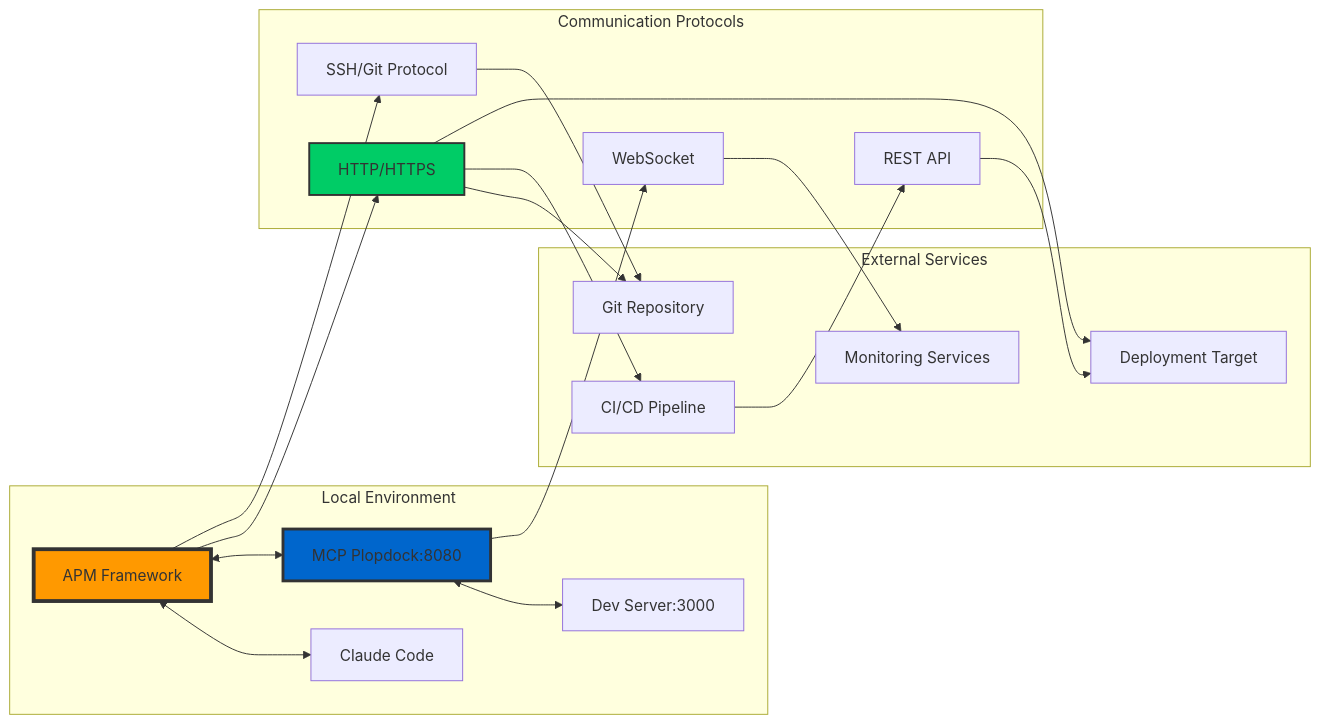
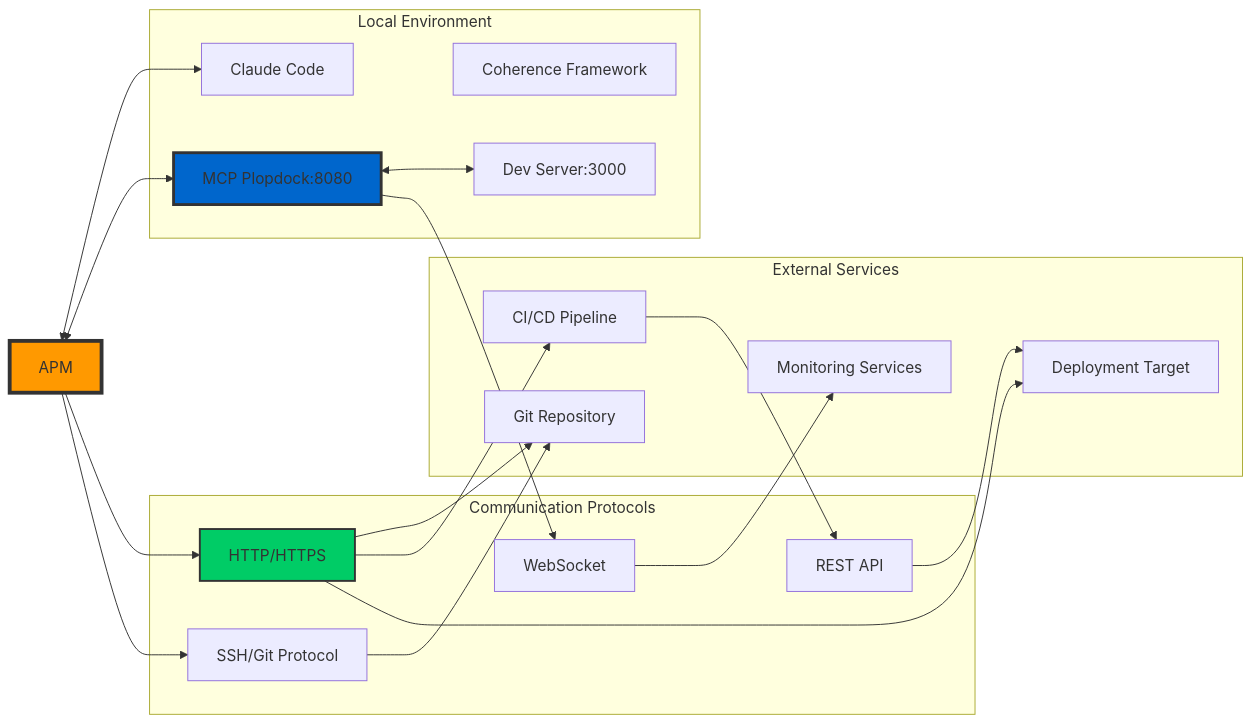
Diagram 13 of 13 in .apm/documentation/07-reference/architecture-diagrams.md (omayhemo/APM), drawn with Mermaid before and after one commit. The commit also changed other lines of this file and 192 other files, not shown here.

````diff
--- a/.apm/documentation/07-reference/architecture-diagrams.md
+++ b/.apm/documentation/07-reference/architecture-diagrams.md
@@ -883,45 +883,45 @@
 ```mermaid
 graph LR
     subgraph "Local Environment"
-        APM[APM Framework]
+        COHERENCE[Coherence Framework]
         CLAUDE[Claude Code]
         MCP[MCP Plopdock:8080]
         DEV[Dev Server:3000]
     end
 
     subgraph "External Services"
         GIT[Git Repository]
         CI[CI/CD Pipeline]
         DEPLOY[Deployment Target]
         MONITOR[Monitoring Services]
     end
 
     subgraph "Communication Protocols"
         HTTP[HTTP/HTTPS]
         WS[WebSocket]
         SSH[SSH/Git Protocol]
         API[REST API]
     end
 
     APM <--> CLAUDE
     APM <--> MCP
     MCP <--> DEV
 
     APM --> HTTP
     HTTP --> GIT
     HTTP --> CI
     HTTP --> DEPLOY
 
     MCP --> WS
     WS --> MONITOR
 
     APM --> SSH
     SSH --> GIT
 
     CI --> API
     API --> DEPLOY
 
     style APM fill:#ff9900,stroke:#333,stroke-width:4px
     style MCP fill:#0066cc,stroke:#333,stroke-width:3px
     style HTTP fill:#00cc66,stroke:#333,stroke-width:2px
 ```
````
